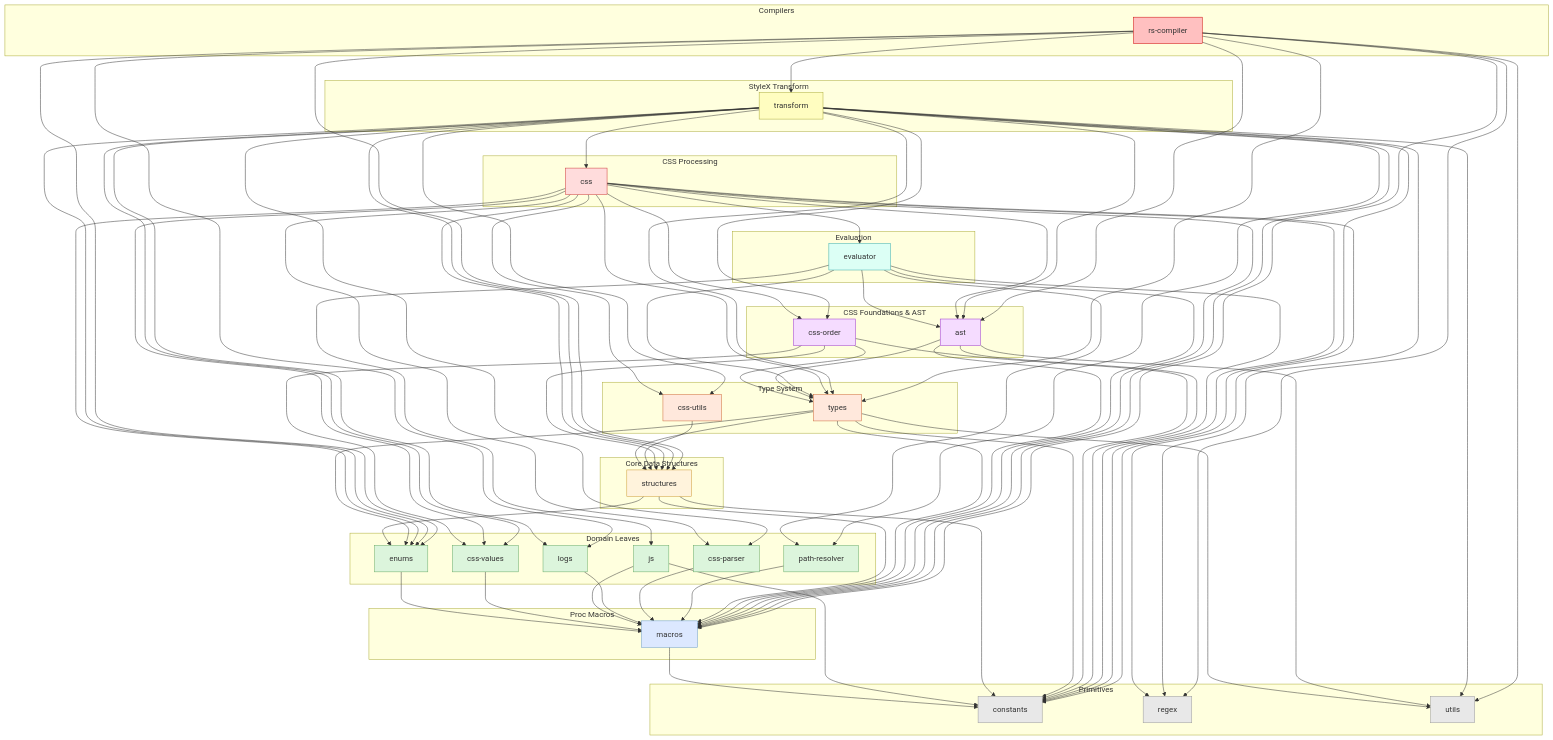
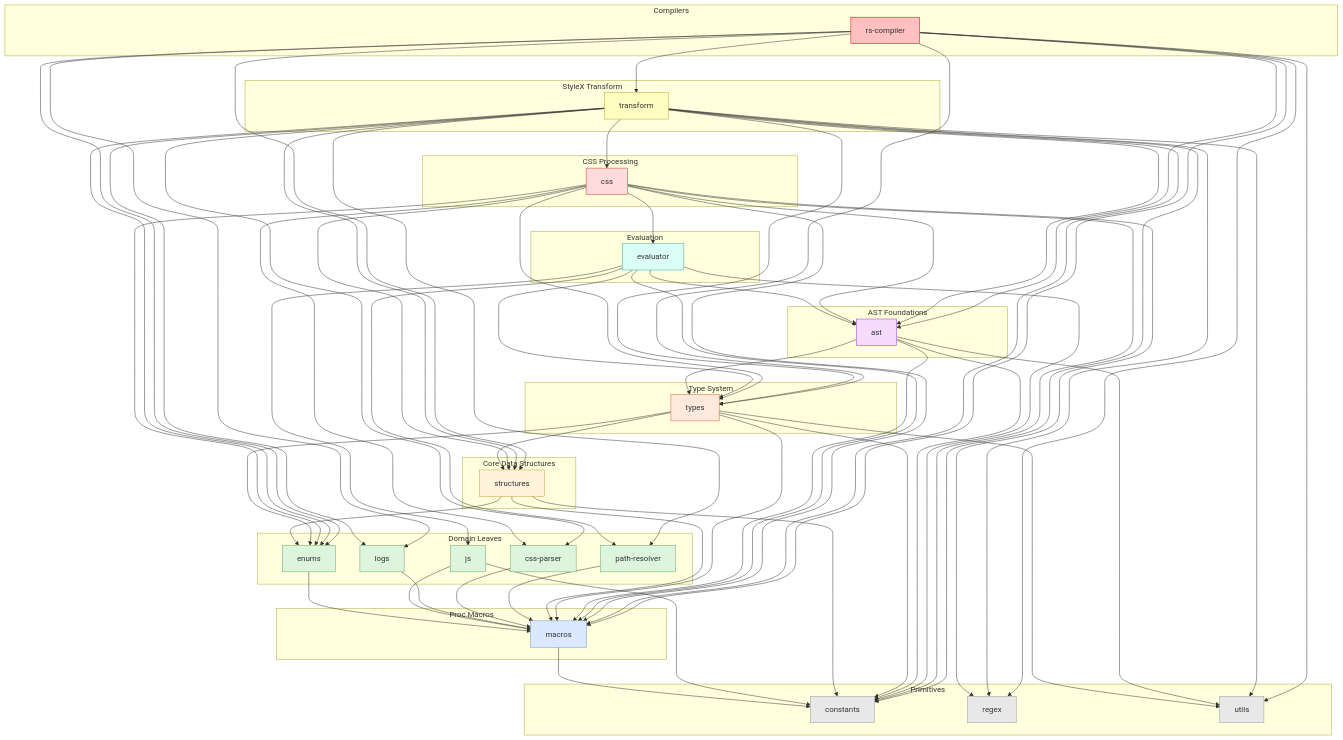
The diagram in README.md (Dwlad90/stylex-swc-plugin), drawn with Mermaid before and after one commit. The commit also changed other lines of this file and 94 other files, not shown here.

```diff
--- a/README.md
+++ b/README.md
@@ -136,7 +133,6 @@
 
   subgraph L2["Domain Leaves"]
     stylex_enums["enums"]
-    stylex_css_values["css-values"]
     stylex_js["js"]
     stylex_logs["logs"]
     stylex_css_parser["css-parser"]
@@ -149,11 +145,9 @@
 
   subgraph L4["Type System"]
     stylex_types["types"]
-    stylex_css_utils["css-utils"]
   end
 
-  subgraph L5["CSS Foundations & AST"]
-    stylex_css_order["css-order"]
+  subgraph L5["AST Foundations"]
     stylex_ast["ast"]
   end
 
@@ -176,7 +170,6 @@
   stylex_macros        --> stylex_constants
 
   stylex_enums         --> stylex_macros
-  stylex_css_values    --> stylex_macros
   stylex_js            --> stylex_constants
   stylex_js            --> stylex_macros
   stylex_logs          --> stylex_macros
@@ -192,12 +185,7 @@
   stylex_types         --> stylex_macros
   stylex_types         --> stylex_structures
   stylex_types         --> stylex_utils
-  stylex_css_utils     --> stylex_structures
 
-  stylex_css_order     --> stylex_constants
-  stylex_css_order     --> stylex_css_values
-  stylex_css_order     --> stylex_structures
-  stylex_css_order     --> stylex_types
   stylex_ast           --> stylex_constants
   stylex_ast           --> stylex_macros
   stylex_ast           --> stylex_types
@@ -212,10 +200,7 @@
 
   stylex_css           --> stylex_ast
   stylex_css           --> stylex_constants
-  stylex_css           --> stylex_css_order
   stylex_css           --> stylex_css_parser
-  stylex_css           --> stylex_css_utils
-  stylex_css           --> stylex_css_values
   stylex_css           --> stylex_enums
   stylex_css           --> stylex_evaluator
   stylex_css           --> stylex_macros
@@ -226,10 +211,7 @@
   stylex_transform     --> stylex_ast
   stylex_transform     --> stylex_constants
   stylex_transform     --> stylex_css
-  stylex_transform     --> stylex_css_order
   stylex_transform     --> stylex_css_parser
-  stylex_transform     --> stylex_css_utils
-  stylex_transform     --> stylex_css_values
   stylex_transform     --> stylex_enums
   stylex_transform     --> stylex_logs
   stylex_transform     --> stylex_macros
@@ -262,10 +244,10 @@
 
   class stylex_constants,stylex_regex,stylex_utils l0
   class stylex_macros l1
-  class stylex_enums,stylex_css_values,stylex_js,stylex_logs,stylex_css_parser,stylex_path_resolver l2
+  class stylex_enums,stylex_js,stylex_logs,stylex_css_parser,stylex_path_resolver l2
   class stylex_structures l3
-  class stylex_types,stylex_css_utils l4
-  class stylex_css_order,stylex_ast l5
+  class stylex_types l4
+  class stylex_ast l5
   class stylex_evaluator l6
   class stylex_css l7
   class stylex_transform l8
```
